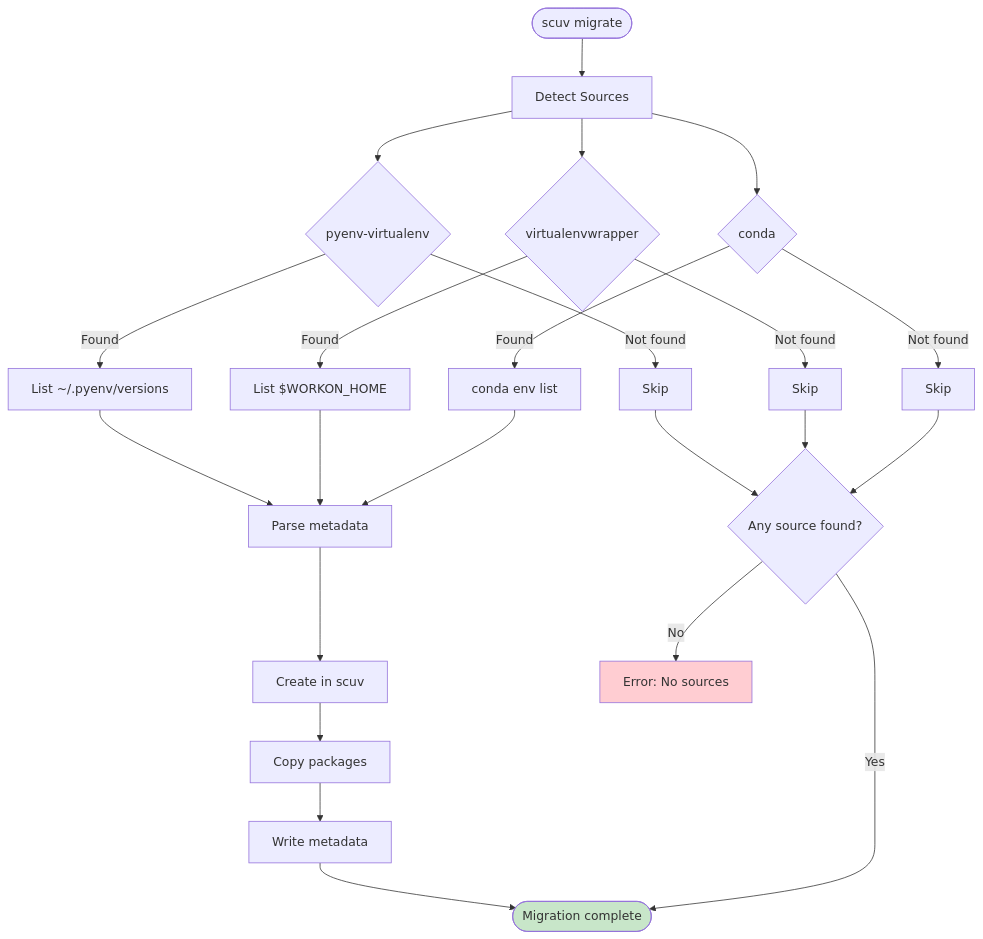
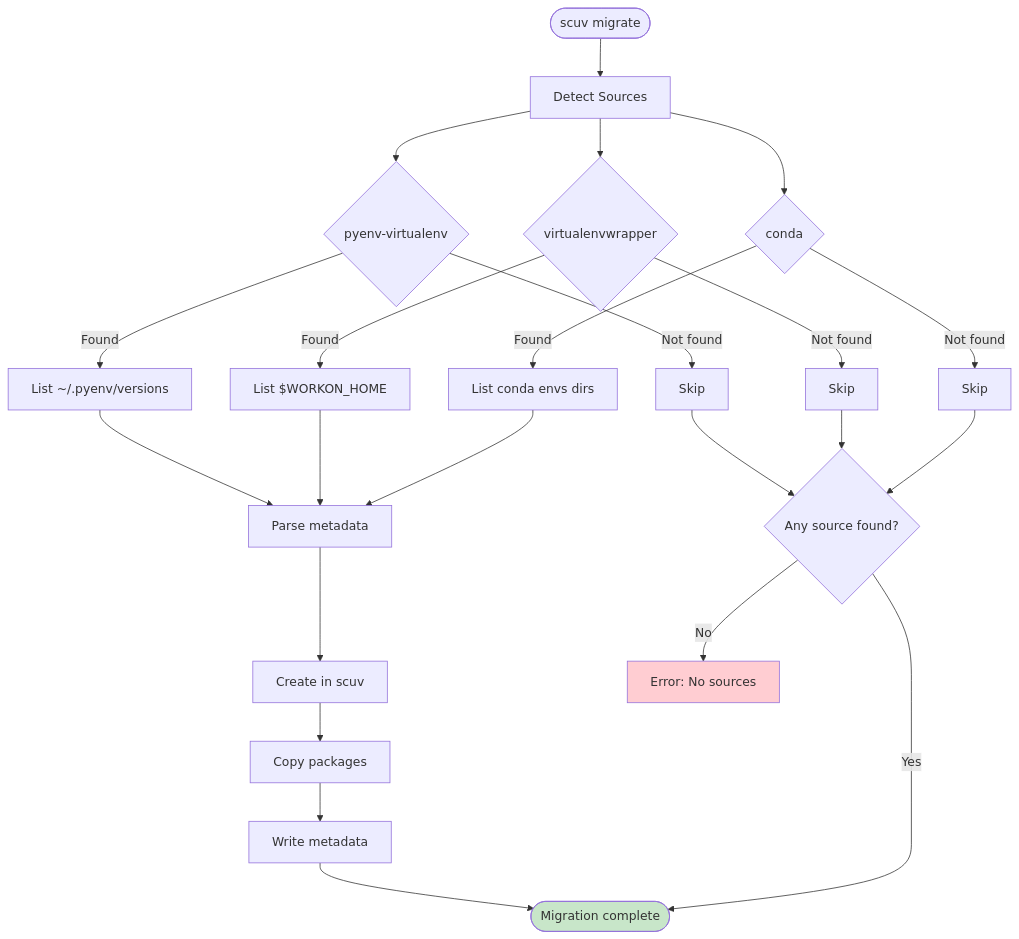
The sixth of 6 diagrams in docs/src/development/architecture.md (ai-screams/scoop-uv), drawn with Mermaid before and after one commit. The commit also changed other lines of this file and 18 other files, not shown here.

````diff
--- a/docs/src/development/architecture.md
+++ b/docs/src/development/architecture.md
@@ -303,35 +305,35 @@
 ```mermaid
 graph TD
     Start([scuv migrate]) --> Detect[Detect Sources]
 
     Detect --> Pyenv{pyenv-virtualenv}
     Detect --> Venv{virtualenvwrapper}
     Detect --> Conda{conda}
 
     Pyenv -->|Found| P1[List ~/.pyenv/versions]
     Venv -->|Found| V1[List $WORKON_HOME]
-    Conda -->|Found| C1[conda env list]
+    Conda -->|Found| C1[List conda envs dirs]
 
     P1 --> Parse[Parse metadata]
     V1 --> Parse
     C1 --> Parse
 
     Parse --> Create[Create in scuv]
     Create --> Copy[Copy packages]
     Copy --> Meta[Write metadata]
     Meta --> Done([Migration complete])
 
     Pyenv -->|Not found| Skip1[Skip]
     Venv -->|Not found| Skip2[Skip]
     Conda -->|Not found| Skip3[Skip]
 
     Skip1 --> Check{Any source found?}
     Skip2 --> Check
     Skip3 --> Check
 
     Check -->|Yes| Done
     Check -->|No| Error[Error: No sources]
 
     style Done fill:#c8e6c9
     style Error fill:#ffcdd2
 ```
````
